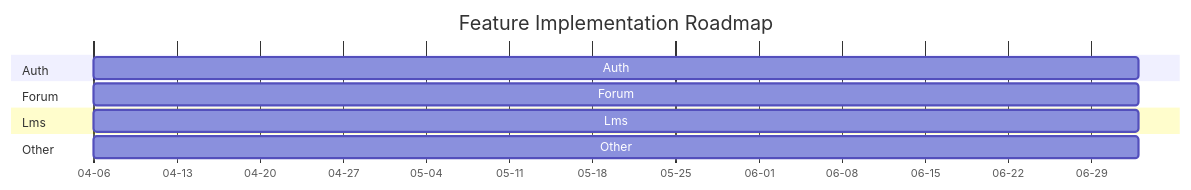
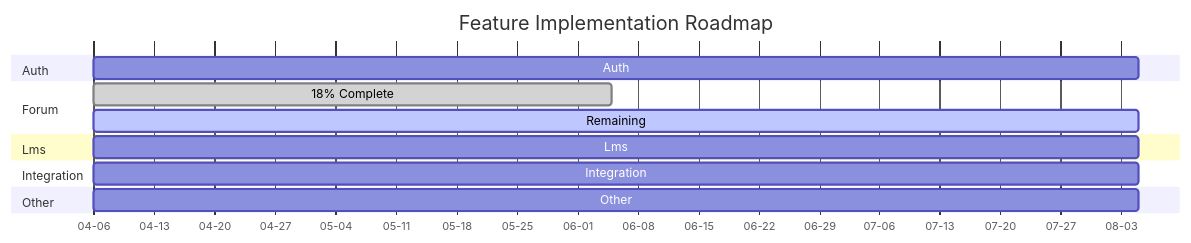
One commit to ordokr/LMS changed the third of 3 diagrams in docs/feature_coverage_map.md. Above: the diagram before and after it, drawn with Mermaid. The commit also changed other lines of this file and 52 other files, not shown here.

````diff
--- a/docs/feature_coverage_map.md
+++ b/docs/feature_coverage_map.md
@@ -61,14 +62,17 @@
 ```mermaid
 gantt
   title Feature Implementation Roadmap
   dateFormat YYYY-MM-DD
   axisFormat %m-%d
   section Auth
-  Auth : 2025-04-06, 2025-07-03
+  Auth : 2025-04-06, 2025-08-05
   section Forum
-  Forum : 2025-04-06, 2025-07-03
+  18% Complete : done, 2025-04-06, 2025-06-05
+  Remaining : active, after 2025-06-05, 2025-08-05
   section Lms
-  Lms : 2025-04-06, 2025-07-03
+  Lms : 2025-04-06, 2025-08-05
+  section Integration
+  Integration : 2025-04-06, 2025-08-05
   section Other
-  Other : 2025-04-06, 2025-07-03
+  Other : 2025-04-06, 2025-08-05
 ```
````
